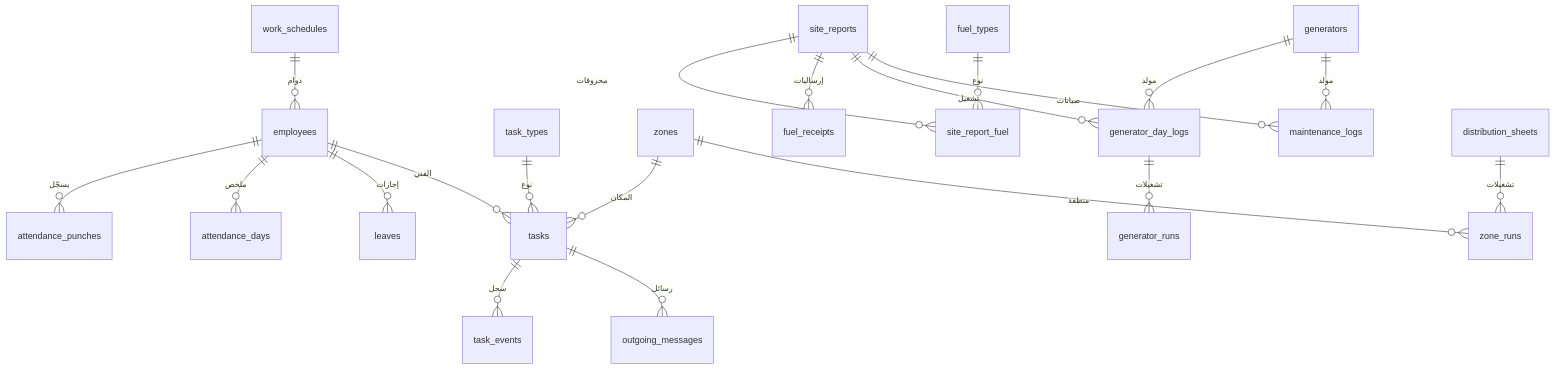
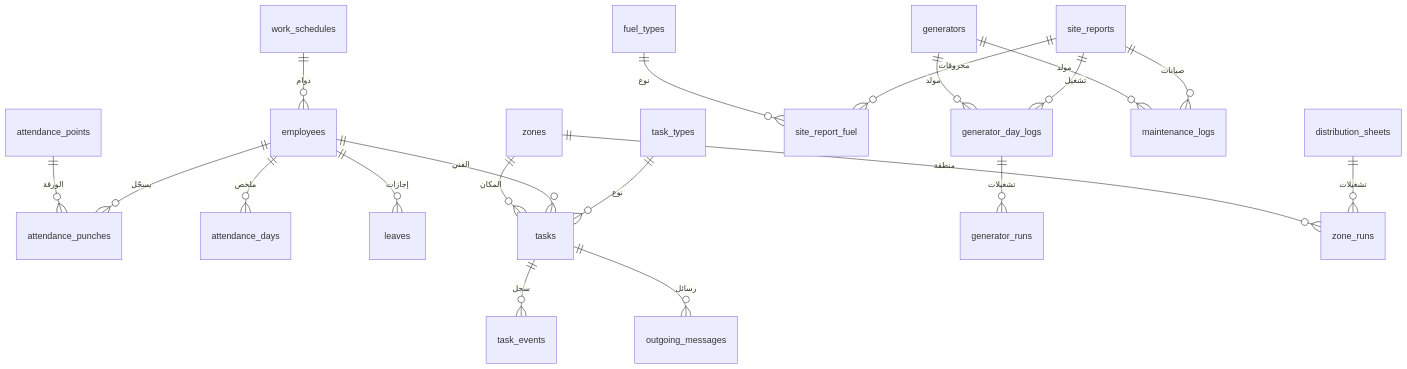
The diagram in mukhayyam-2/docs/01-data-model.md (yousefhmm142-cell/yousef), drawn with Mermaid before and after one commit. The commit also changed other lines of this file and 3 other files, not shown here.

````diff
--- a/mukhayyam-2/docs/01-data-model.md
+++ b/mukhayyam-2/docs/01-data-model.md
@@ -224,22 +238,22 @@
 ```mermaid
 erDiagram
   work_schedules ||--o{ employees : "دوام"
   employees ||--o{ attendance_punches : "يسجّل"
   employees ||--o{ attendance_days : "ملخص"
   employees ||--o{ leaves : "إجازات"
+  attendance_points ||--o{ attendance_punches : "الورقة"
   task_types ||--o{ tasks : "نوع"
   employees ||--o{ tasks : "الفني"
   zones ||--o{ tasks : "المكان"
   tasks ||--o{ task_events : "سجل"
   tasks ||--o{ outgoing_messages : "رسائل"
   site_reports ||--o{ site_report_fuel : "محروقات"
   fuel_types ||--o{ site_report_fuel : "نوع"
-  site_reports ||--o{ fuel_receipts : "إرساليات"
   site_reports ||--o{ generator_day_logs : "تشغيل"
   generators ||--o{ generator_day_logs : "مولد"
   generator_day_logs ||--o{ generator_runs : "تشغيلات"
   site_reports ||--o{ maintenance_logs : "صيانات"
   generators ||--o{ maintenance_logs : "مولد"
   distribution_sheets ||--o{ zone_runs : "تشغيلات"
   zones ||--o{ zone_runs : "منطقة"
 ```
````
